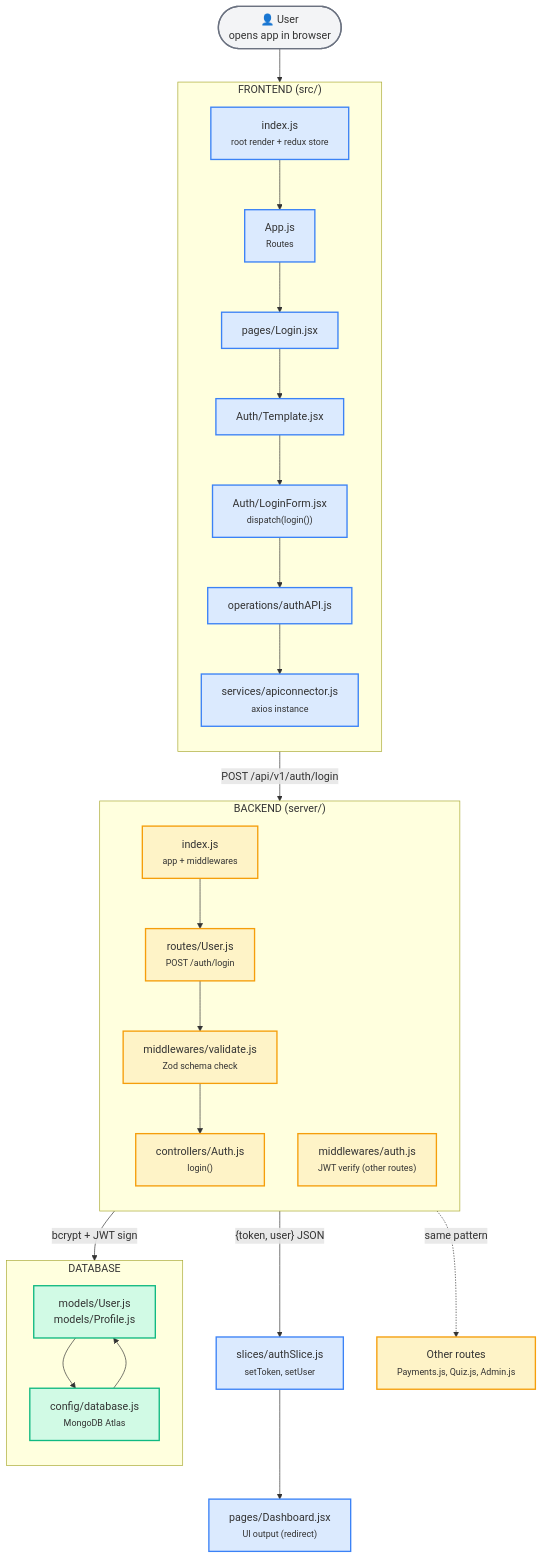
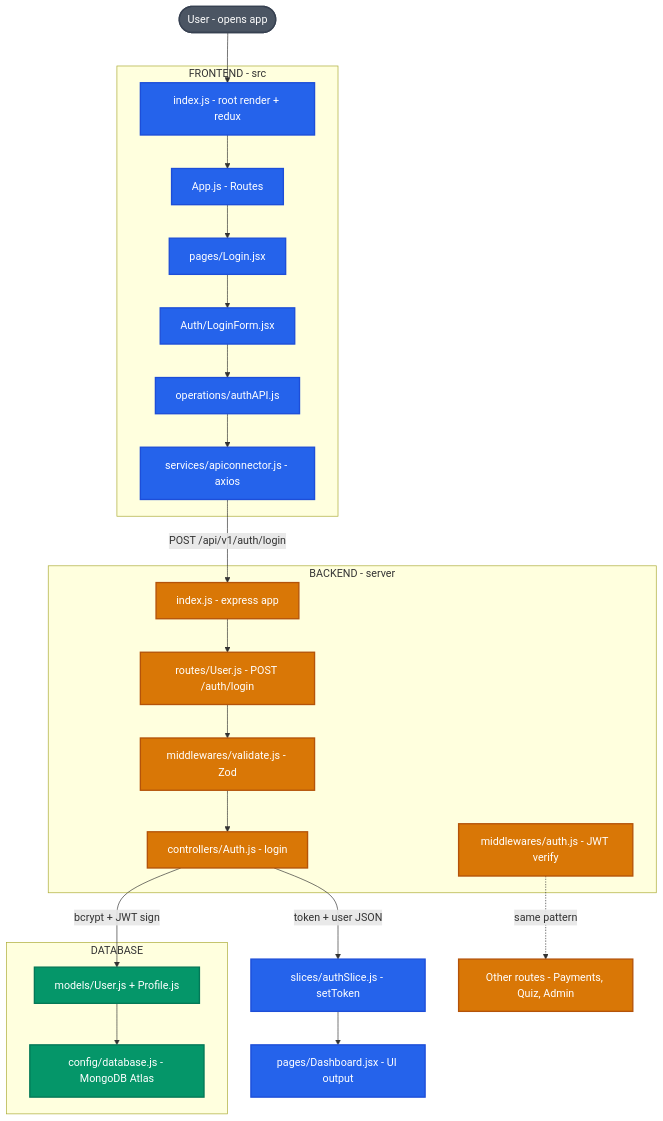
Before and after one commit to Vaibhav1077/Kravio-learn: the diagram in README.md, drawn with Mermaid.

Commit message:
docs: fix flow diagram colors for better readability

````diff
--- a/README.md
+++ b/README.md
@@ -71,64 +71,51 @@
 ```mermaid
 flowchart TD
-    %% Styling
-    classDef frontend fill:#dbeafe,stroke:#3b82f6,stroke-width:2px
-    classDef backend fill:#fef3c7,stroke:#f59e0b,stroke-width:2px
-    classDef database fill:#d1fae5,stroke:#10b981,stroke-width:2px
-    classDef neutral fill:#f3f4f6,stroke:#6b7280,stroke-width:2px
+    classDef frontend fill:#2563eb,stroke:#1d4ed8,color:#ffffff,stroke-width:2px
+    classDef backend fill:#d97706,stroke:#b45309,color:#ffffff,stroke-width:2px
+    classDef database fill:#059669,stroke:#047857,color:#ffffff,stroke-width:2px
+    classDef neutral fill:#4b5563,stroke:#374151,color:#ffffff,stroke-width:2px
 
-    %% User
-    User(["👤 User<br/>opens app in browser"]):::neutral
+    User(["User - opens app"]):::neutral
 
-    %% Frontend Layer
-    subgraph FRONTEND["FRONTEND (src/)"]
-        direction TB
-        INDEX["index.js<br/><small>root render + redux store</small>"]:::frontend
-        APP["App.js<br/><small>Routes</small>"]:::frontend
-        LOGIN["pages/Login.jsx"]:::frontend
-        TEMPLATE["Auth/Template.jsx"]:::frontend
-        LOGINFORM["Auth/LoginForm.jsx<br/><small>dispatch(login())</small>"]:::frontend
-        AUTHAPI["operations/authAPI.js"]:::frontend
-        APICONNECTOR["services/apiconnector.js<br/><small>axios instance</small>"]:::frontend
+    subgraph FRONTEND [FRONTEND - src]
+        INDEX[index.js - root render + redux]:::frontend
+        APP[App.js - Routes]:::frontend
+        LOGIN[pages/Login.jsx]:::frontend
+        LOGINFORM[Auth/LoginForm.jsx]:::frontend
+        AUTHAPI[operations/authAPI.js]:::frontend
+        APICONNECTOR[services/apiconnector.js - axios]:::frontend
     end
 
-    %% Backend Layer
-    subgraph BACKEND["BACKEND (server/)"]
-        direction TB
-        SERVER["index.js<br/><small>app + middlewares</small>"]:::backend
-        ROUTES["routes/User.js<br/><small>POST /auth/login</small>"]:::backend
-        VALIDATE["middlewares/validate.js<br/><small>Zod schema check</small>"]:::backend
-        CONTROLLER["controllers/Auth.js<br/><small>login()</small>"]:::backend
-        AUTHMW["middlewares/auth.js<br/><small>JWT verify (other routes)</small>"]:::backend
+    subgraph BACKEND [BACKEND - server]
+        SERVER[index.js - express app]:::backend
+        ROUTES[routes/User.js - POST /auth/login]:::backend
+        VALIDATE[middlewares/validate.js - Zod]:::backend
+        CONTROLLER[controllers/Auth.js - login]:::backend
+        AUTHMW[middlewares/auth.js - JWT verify]:::backend
     end
 
-    %% Database Layer
-    subgraph DATABASE["DATABASE"]
-        direction TB
-        MODELS["models/User.js<br/>models/Profile.js"]:::database
-        DBCONFIG["config/database.js<br/><small>MongoDB Atlas</small>"]:::database
+    subgraph DATABASE [DATABASE]
+        MODELS[models/User.js + Profile.js]:::database
+        DBCONFIG[config/database.js - MongoDB Atlas]:::database
     end
 
-    %% Response
-    AUTHSLICE["slices/authSlice.js<br/><small>setToken, setUser</small>"]:::frontend
-    DASHBOARD["pages/Dashboard.jsx<br/><small>UI output (redirect)</small>"]:::frontend
-    OTHERROUTES["Other routes<br/><small>Payments.js, Quiz.js, Admin.js</small>"]:::backend
+    AUTHSLICE[slices/authSlice.js - setToken]:::frontend
+    DASHBOARD[pages/Dashboard.jsx - UI output]:::frontend
+    OTHERROUTES[Other routes - Payments, Quiz, Admin]:::backend
 
-    %% Flow connections
     User --> INDEX
     INDEX --> APP
     APP --> LOGIN
-    LOGIN --> TEMPLATE
-    TEMPLATE --> LOGINFORM
+    LOGIN --> LOGINFORM
     LOGINFORM --> AUTHAPI
     AUTHAPI --> APICONNECTOR
-    APICONNECTOR -->|"POST /api/v1/auth/login"| SERVER
+    APICONNECTOR -->|POST /api/v1/auth/login| SERVER
     SERVER --> ROUTES
     ROUTES --> VALIDATE
     VALIDATE --> CONTROLLER
-    CONTROLLER -->|"bcrypt + JWT sign"| MODELS
+    CONTROLLER -->|bcrypt + JWT sign| MODELS
     MODELS --> DBCONFIG
-    CONTROLLER -->|"{token, user} JSON"| AUTHSLICE
+    CONTROLLER -->|token + user JSON| AUTHSLICE
     AUTHSLICE --> DASHBOARD
-    AUTHMW -.->|"same pattern"| OTHERROUTES
-    DBCONFIG --> MODELS
+    AUTHMW -.->|same pattern| OTHERROUTES
 ```
````
